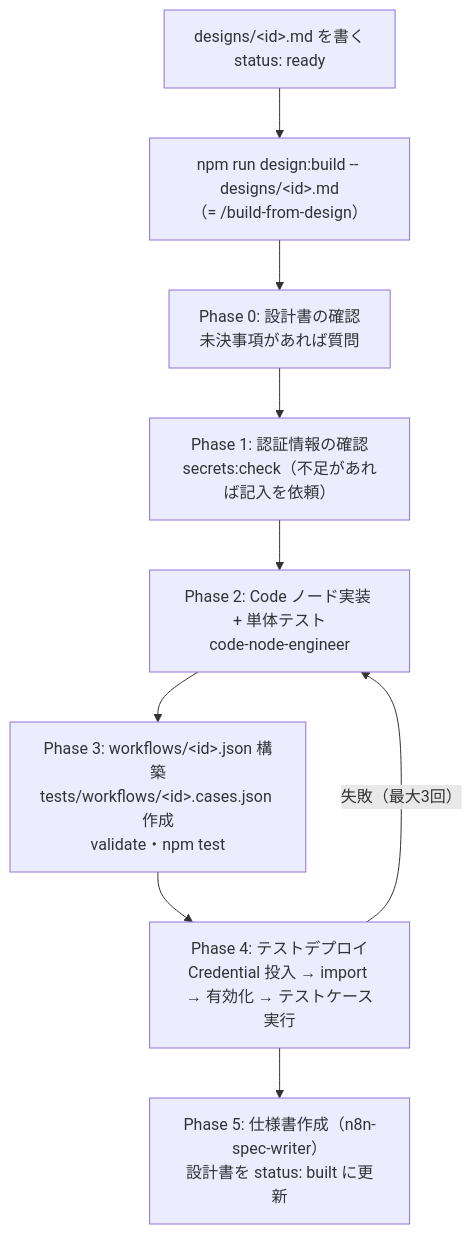
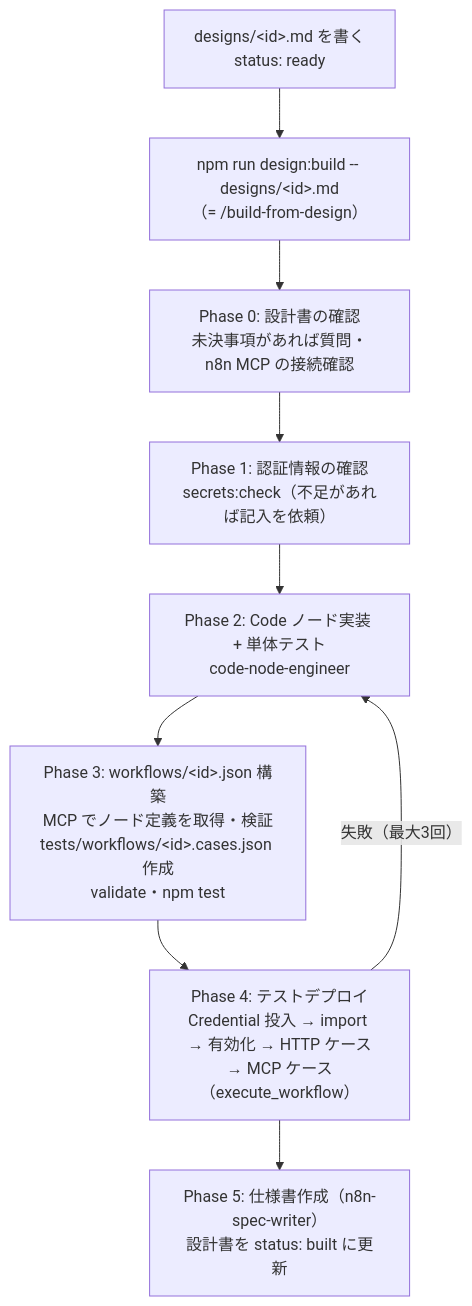
The diagram in doc/design-driven-development.md (aki0609-free/n8n-workflow), drawn with Mermaid before and after one commit. The commit also changed other lines of this file and 23 other files, not shown here.

First line of the commit message:
Integrate n8n MCP into workflow build and add one-shot startup command

````diff
--- a/doc/design-driven-development.md
+++ b/doc/design-driven-development.md
@@ -7,11 +7,11 @@
 ```mermaid
 flowchart TD
   A["designs/&lt;id&gt;.md を書く<br/>status: ready"] --> B["npm run design:build -- designs/&lt;id&gt;.md<br/>（= /build-from-design）"]
-  B --> P0["Phase 0: 設計書の確認<br/>未決事項があれば質問"]
+  B --> P0["Phase 0: 設計書の確認<br/>未決事項があれば質問・n8n MCP の接続確認"]
   P0 --> P1["Phase 1: 認証情報の確認<br/>secrets:check（不足があれば記入を依頼）"]
   P1 --> P2["Phase 2: Code ノード実装 + 単体テスト<br/>code-node-engineer"]
-  P2 --> P3["Phase 3: workflows/&lt;id&gt;.json 構築<br/>tests/workflows/&lt;id&gt;.cases.json 作成<br/>validate・npm test"]
-  P3 --> P4["Phase 4: テストデプロイ<br/>Credential 投入 → import → 有効化 → テストケース実行"]
+  P2 --> P3["Phase 3: workflows/&lt;id&gt;.json 構築<br/>MCP でノード定義を取得・検証<br/>tests/workflows/&lt;id&gt;.cases.json 作成<br/>validate・npm test"]
+  P3 --> P4["Phase 4: テストデプロイ<br/>Credential 投入 → import → 有効化 → HTTP ケース<br/>→ MCP ケース（execute_workflow）"]
   P4 -->|失敗（最大3回）| P2
   P4 --> P5["Phase 5: 仕様書作成（n8n-spec-writer）<br/>設計書を status: built に更新"]
 ```
````
